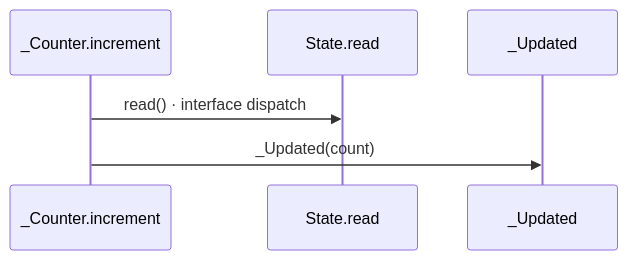
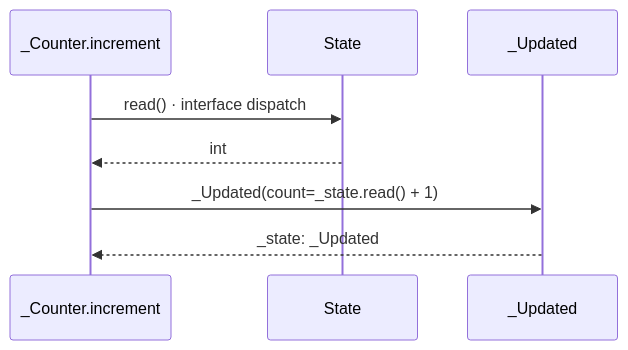
Before and after one commit to GreenPandaStudios/augscript: the third of 4 diagrams in docs/examples/approved-design/counters-diagrams.md, drawn with Mermaid. The commit also changed other lines of this file and 524 other files, not shown here.

Commit message:
Explain checked data flow at folder and service levels

````diff
--- a/docs/examples/approved-design/counters-diagrams.md
+++ b/docs/examples/approved-design/counters-diagrams.md
@@ -165,8 +123,10 @@
 ```mermaid
 sequenceDiagram
     participant p0 as _Counter.increment
-    participant p1 as State.read
+    participant p1 as State
     participant p2 as _Updated
     p0->>p1: read() · interface dispatch
-    p0->>p2: _Updated(count)
+    p1-->>p0: int
+    p0->>p2: _Updated(count=_state.read() + 1)
+    p2-->>p0: _state: _Updated
 ```
````
